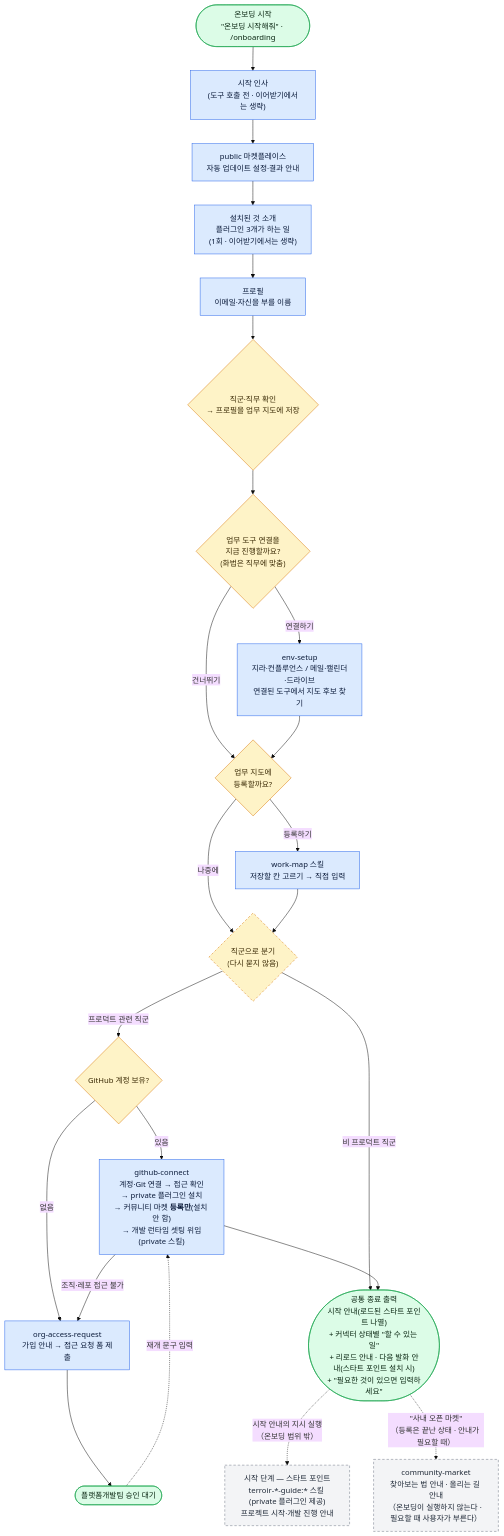
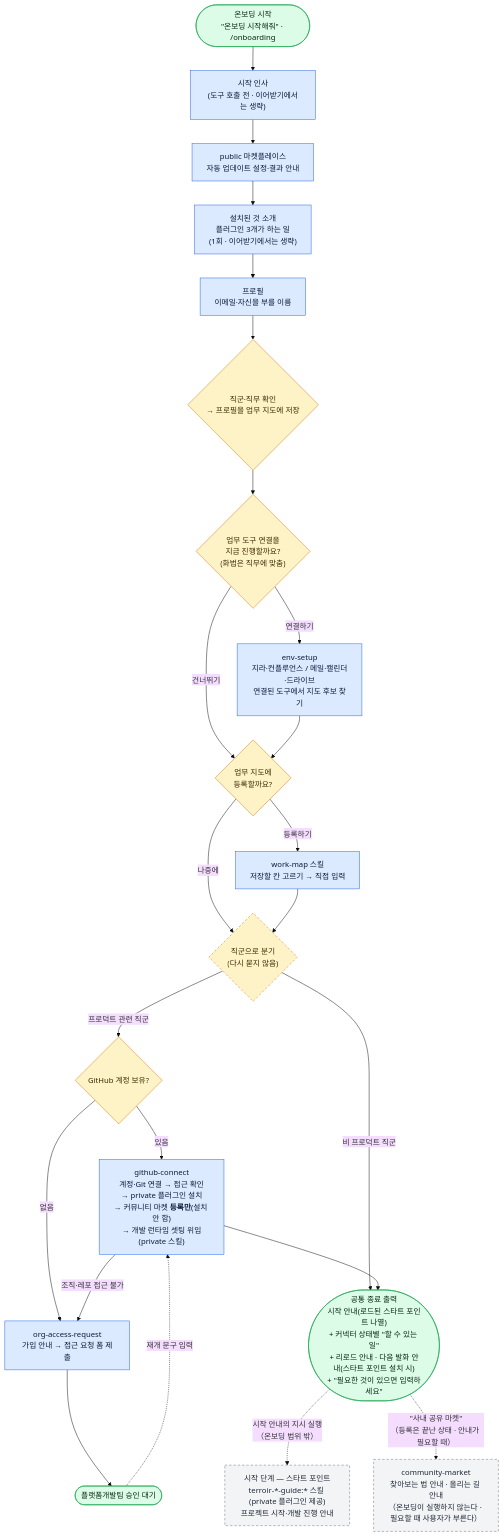
Before and after one commit to VntgCorp/terroir-claude-plugin-public: the diagram in plugins/terroir-onboarding/README.md, drawn with Mermaid (base theme). The commit also changed 5 other files, not shown here.

````diff
--- a/plugins/terroir-onboarding/README.md
+++ b/plugins/terroir-onboarding/README.md
@@ -51,61 +51,61 @@
 ```mermaid
 flowchart TD
     START(["온보딩 시작<br/>&quot;온보딩 시작해줘&quot; · /onboarding"])
     HELLO["시작 인사<br/>(도구 호출 전 · 이어받기에서는 생략)"]
     AUTO["public 마켓플레이스<br/>자동 업데이트 설정·결과 안내"]
     INTRO["설치된 것 소개<br/>플러그인 3개가 하는 일<br/>(1회 · 이어받기에서는 생략)"]
 
     PROF["프로필<br/>이메일·자신을 부를 이름"]
     Q1{"직군·직무 확인<br/>→ 프로필을 업무 지도에 저장"}
     Q2{"업무 도구 연결을<br/>지금 진행할까요?<br/>(화법은 직무에 맞춤)"}
     ENV["env-setup<br/>지라·컨플루언스 / 메일·캘린더·드라이브<br/>연결된 도구에서 지도 후보 찾기"]
     QM{"업무 지도에<br/>등록할까요?"}
     MAP["work-map 스킬<br/>저장할 칸 고르기 → 직접 입력"]
     BR{"직군으로 분기<br/>(다시 묻지 않음)"}
     Q3{"GitHub 계정 보유?"}
 
     GH["github-connect<br/>계정·Git 연결 → 접근 확인<br/>→ private 플러그인 설치<br/>→ 커뮤니티 마켓 <b>등록만</b>(설치 안 함)<br/>→ 개발 런타임 셋팅 위임(private 스킬)"]
     OA["org-access-request<br/>가입 안내 → 접근 요청 폼 제출"]
     WAIT(["플랫폼개발팀 승인 대기"])
 
     END(["공통 종료 출력<br/>시작 안내(로드된 스타트 포인트 나열)<br/>+ 커넥터 상태별 &quot;할 수 있는 일&quot;<br/>+ 리로드 안내 · 다음 발화 안내(스타트 포인트 설치 시)<br/>+ &quot;필요한 것이 있으면 입력하세요&quot;"])
     SP["시작 단계 — 스타트 포인트<br/>terroir-*-guide:* 스킬 (private 플러그인 제공)<br/>프로젝트 시작·개발 진행 안내"]
     CM["community-market<br/>찾아보는 법 안내 · 올리는 길 안내<br/>（온보딩이 실행하지 않는다 · 필요할 때 사용자가 부른다）"]
 
     START --> HELLO
     HELLO --> AUTO
     AUTO --> INTRO
     INTRO --> PROF
     PROF --> Q1
     Q1 --> Q2
     Q2 -->|연결하기| ENV
     Q2 -->|건너뛰기| QM
     ENV --> QM
     QM -->|등록하기| MAP
     QM -->|나중에| BR
     MAP --> BR
 
     BR -->|프로덕트 관련 직군| Q3
     BR -->|비 프로덕트 직군| END
 
     Q3 -->|있음| GH
     Q3 -->|없음| OA
     GH -->|조직·레포 접근 불가| OA
     OA --> WAIT
     WAIT -.->|재개 문구 입력| GH
 
     GH --> END
     END -.->|시작 안내의 지시 실행<br/>（온보딩 범위 밖）| SP
-    END -.->|&quot;사내 오픈 마켓&quot;<br/>（등록은 끝난 상태 · 안내가 필요할 때）| CM
+    END -.->|&quot;사내 공유 마켓&quot;<br/>（등록은 끝난 상태 · 안내가 필요할 때）| CM
 
     classDef skill fill:#dbeafe,stroke:#2563eb,color:#0b1b3a
     classDef gate fill:#fef3c7,stroke:#d97706,color:#3a2a05
     classDef term fill:#dcfce7,stroke:#16a34a,color:#0a2612
     classDef branch fill:#fef3c7,stroke:#d97706,color:#3a2a05,stroke-dasharray:5 4
     classDef ext fill:#f3f4f6,stroke:#6b7280,color:#1f2937,stroke-dasharray:5 4
     class HELLO,AUTO,INTRO,PROF,ENV,MAP,GH,OA skill
     class Q1,Q2,QM,Q3 gate
     class BR branch
     class START,END,WAIT term
     class SP,CM ext
 ```
````
